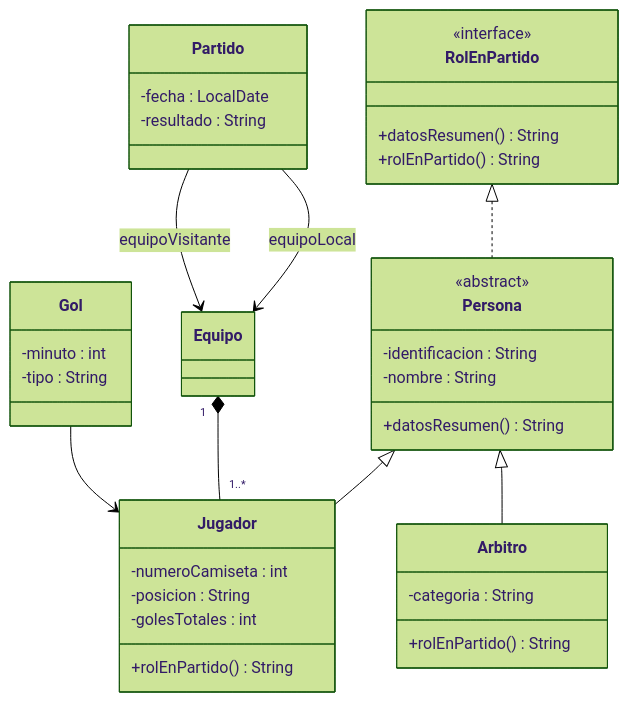
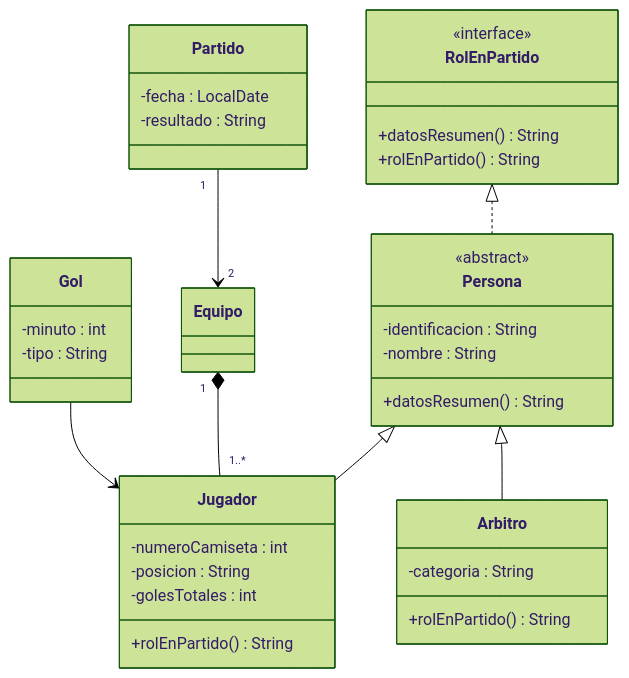
Before and after one commit to santiagoSuarez219/nodo-edu: the fifth of 5 diagrams in content/cursos/estructuras-de-datos/guias/lab-m1-diseno-oo-completo.md, drawn with Mermaid (forest theme). The commit also changed other lines of this file and 3 other files, not shown here.

````diff
--- a/content/cursos/estructuras-de-datos/guias/lab-m1-diseno-oo-completo.md
+++ b/content/cursos/estructuras-de-datos/guias/lab-m1-diseno-oo-completo.md
@@ -366,41 +366,40 @@
 ```mermaid
 classDiagram
   class RolEnPartido {
     <<interface>>
     +datosResumen() String
     +rolEnPartido() String
   }
   class Persona {
     <<abstract>>
     -identificacion : String
     -nombre : String
     +datosResumen() String
   }
   class Jugador {
     -numeroCamiseta : int
     -posicion : String
     -golesTotales : int
     +rolEnPartido() String
   }
   class Arbitro {
     -categoria : String
     +rolEnPartido() String
   }
   class Equipo {
   }
   class Partido {
     -fecha : LocalDate
     -resultado : String
   }
   class Gol {
     -minuto : int
     -tipo : String
   }
   RolEnPartido <|.. Persona
   Persona <|-- Jugador
   Persona <|-- Arbitro
   Equipo "1" *-- "1..*" Jugador
-  Partido --> Equipo : equipoLocal
-  Partido --> Equipo : equipoVisitante
+  Partido "1" --> "2" Equipo
   Gol --> Jugador
 ```
````
